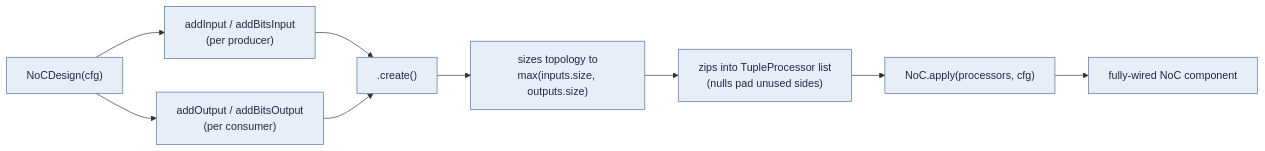
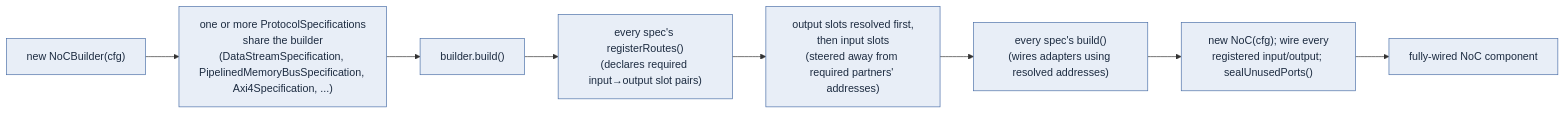
Diagram 16 of 16 in hw/spinal/spinalextras/lib/noc/README.md (jdavidberger/SpinalHDLExtras), drawn with Mermaid before and after one commit. The commit also changed other lines of this file, not shown here.

First line of the commit message:
Rewrite lib/noc README to match current architecture

````diff
--- a/hw/spinal/spinalextras/lib/noc/README.md
+++ b/hw/spinal/spinalextras/lib/noc/README.md
@@ -437,12 +713,11 @@
 ```mermaid
 flowchart LR
   classDef step fill:#e8eef7,stroke:#4b6fa8,color:#1c2b40
-  A["NoCDesign(cfg)"]:::step --> B["addInput / addBitsInput<br/>(per producer)"]:::step
-  A --> C["addOutput / addBitsOutput<br/>(per consumer)"]:::step
-  B --> D[".create()"]:::step
-  C --> D
-  D --> E["sizes topology to<br/>max(inputs.size, outputs.size)"]:::step
-  E --> F["zips into TupleProcessor list<br/>(nulls pad unused sides)"]:::step
-  F --> G["NoC.apply(processors, cfg)"]:::step
+  A["new NoCBuilder(cfg)"]:::step --> B["one or more ProtocolSpecifications<br/>share the builder<br/>(DataStreamSpecification, PipelinedMemoryBusSpecification, Axi4Specification, ...)"]:::step
+  B --> C["builder.build()"]:::step
+  C --> D["every spec's registerRoutes()<br/>(declares required input→output slot pairs)"]:::step
+  D --> E["output slots resolved first,<br/>then input slots<br/>(steered away from required partners' addresses)"]:::step
+  E --> F["every spec's build()<br/>(wires adapters using resolved addresses)"]:::step
+  F --> G["new NoC(cfg); wire every<br/>registered input/output; sealUnusedPorts()"]:::step
   G --> H["fully-wired NoC component"]:::step
 ```
````
